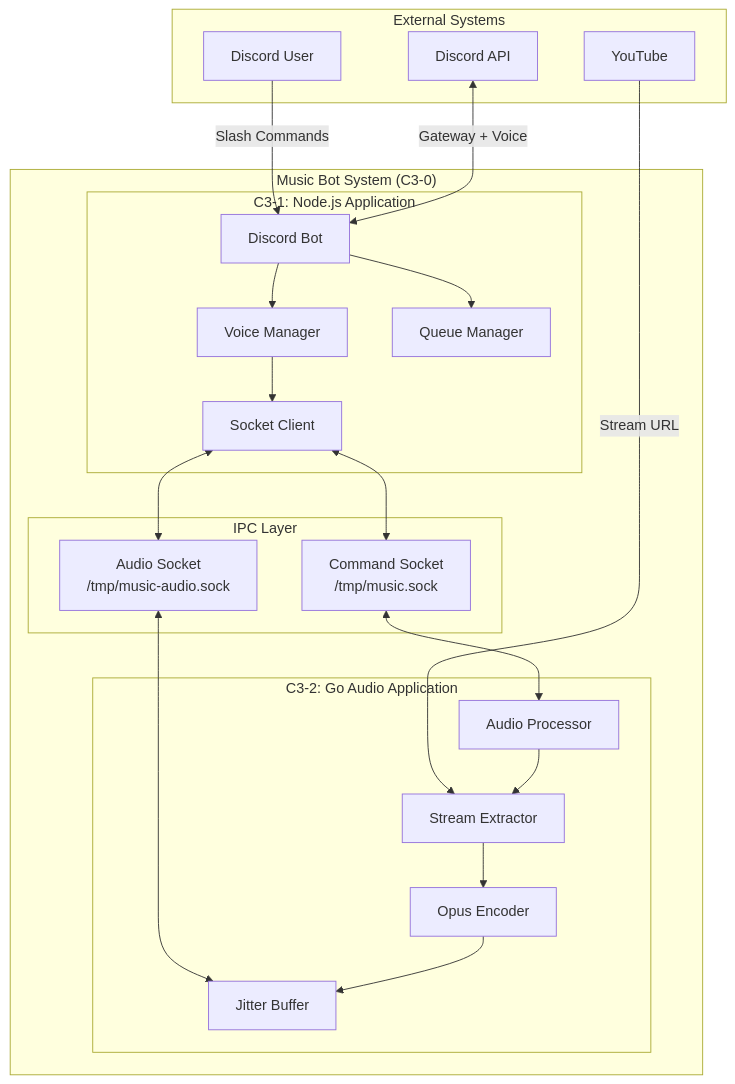
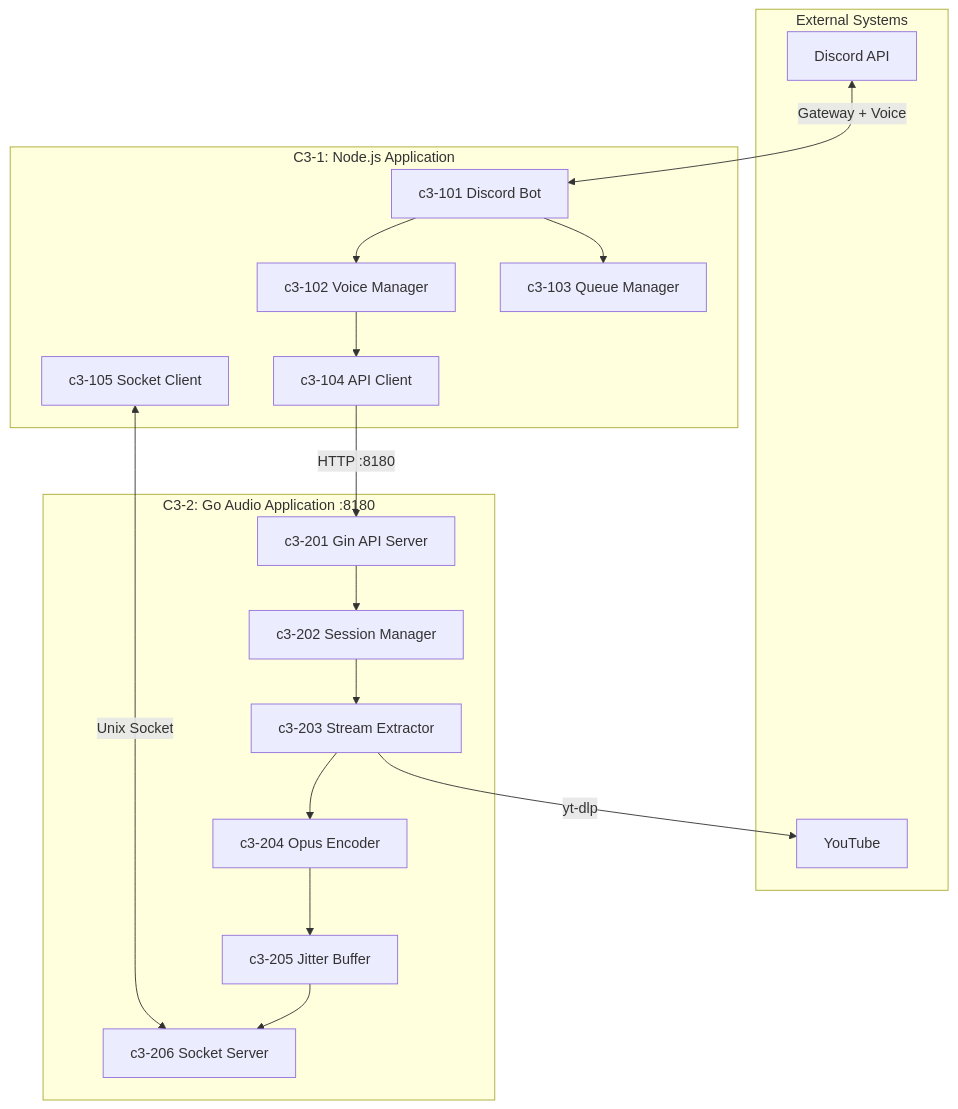
Before and after one commit to thewind121212/natashi: the first of 3 diagrams in .c3/README.md, drawn with Mermaid. The commit also changed other lines of this file and 34 other files, not shown here.

````diff
--- a/.c3/README.md
+++ b/.c3/README.md
@@ -7,47 +21,33 @@
 ```mermaid
 flowchart TB
     subgraph External["External Systems"]
         DISCORD[Discord API]
         YOUTUBE[YouTube]
-        USER[Discord User]
     end
 
-    subgraph System["Music Bot System (C3-0)"]
-        subgraph C3_1["C3-1: Node.js Application"]
-            BOT[Discord Bot]
-            VOICE[Voice Manager]
-            QUEUE[Queue Manager]
-            SOCKET_C[Socket Client]
-        end
-
-        subgraph IPC["IPC Layer"]
-            CMD_SOCK[Command Socket<br/>/tmp/music.sock]
-            AUDIO_SOCK[Audio Socket<br/>/tmp/music-audio.sock]
-        end
-
-        subgraph C3_2["C3-2: Go Audio Application"]
-            PROCESSOR[Audio Processor]
-            EXTRACTOR[Stream Extractor]
-            ENCODER[Opus Encoder]
-            BUFFER[Jitter Buffer]
-        end
+    subgraph C3_1["C3-1: Node.js Application"]
+        c3_101[c3-101 Discord Bot]
+        c3_102[c3-102 Voice Manager]
+        c3_103[c3-103 Queue Manager]
+        c3_104[c3-104 API Client]
+        c3_105[c3-105 Socket Client]
     end
 
-    USER -->|Slash Commands| BOT
-    DISCORD <-->|Gateway + Voice| BOT
-    YOUTUBE -->|Stream URL| EXTRACTOR
+    subgraph C3_2["C3-2: Go Audio Application :8180"]
+        c3_201[c3-201 Gin API Server]
+        c3_202[c3-202 Session Manager]
+        c3_203[c3-203 Stream Extractor]
+        c3_204[c3-204 Opus Encoder]
+        c3_205[c3-205 Jitter Buffer]
+        c3_206[c3-206 Socket Server]
+    end
 
-    BOT --> VOICE
-    BOT --> QUEUE
-    VOICE --> SOCKET_C
-
-    SOCKET_C <--> CMD_SOCK
-    SOCKET_C <--> AUDIO_SOCK
-
-    CMD_SOCK <--> PROCESSOR
-    AUDIO_SOCK <--> BUFFER
-
-    PROCESSOR --> EXTRACTOR
-    EXTRACTOR --> ENCODER
-    ENCODER --> BUFFER
+    DISCORD <-->|Gateway + Voice| c3_101
+    c3_101 --> c3_102 --> c3_104
+    c3_101 --> c3_103
+    c3_104 -->|HTTP :8180| c3_201
+    c3_105 <-->|Unix Socket| c3_206
+    c3_201 --> c3_202
+    c3_202 --> c3_203 -->|yt-dlp| YOUTUBE
+    c3_203 --> c3_204 --> c3_205 --> c3_206
 ```
````
